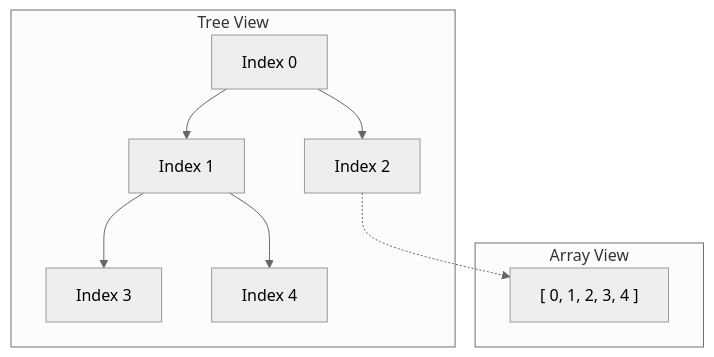
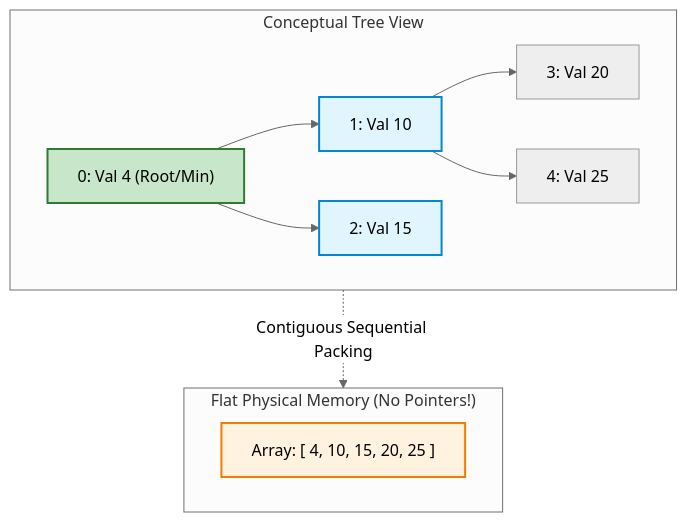
The first of 2 diagrams in 00 - Fundamentals/010 - Min and Max Heap/heap_walkthrough.md (vadde/DSA), drawn with Mermaid (neutral theme) before and after one commit. The commit also changed other lines of this file and 1 other file, not shown here.

````diff
--- a/00 - Fundamentals/010 - Min and Max Heap/heap_walkthrough.md
+++ b/00 - Fundamentals/010 - Min and Max Heap/heap_walkthrough.md
@@ -36,15 +49,20 @@
 ```mermaid
 flowchart TD
-    subgraph TreeView [Tree View]
-    T0["Index 0"] --> T1["Index 1"]
-    T0 --> T2["Index 2"]
-    T1 --> T3["Index 3"]
-    T1 --> T4["Index 4"]
-    end
-    
-    subgraph ArrayView [Array View]
-    A["[ 0, 1, 2, 3, 4 ]"]
+    subgraph TreeView ["Conceptual Tree View"]
+        T0["0: Val 4 (Root/Min)"] --> T1["1: Val 10"]
+        T0 --> T2["2: Val 15"]
+        T1 --> T3["3: Val 20"]
+        T1 --> T4["4: Val 25"]
     end
 
-T2 -.-> A
+    subgraph ArrayView ["Flat Physical Memory (No Pointers!)"]
+        A["Array: [ 4, 10, 15, 20, 25 ]"]
+    end
+
+    TreeView -.->|"Contiguous Sequential Packing"| ArrayView
+
+    style T0 fill:#c8e6c9,stroke:#2e7d32,stroke-width:2px,color:#000
+    style T1 fill:#e1f5fe,stroke:#0288d1,stroke-width:2px,color:#000
+    style T2 fill:#e1f5fe,stroke:#0288d1,stroke-width:2px,color:#000
+    style A fill:#fff3e0,stroke:#f57c00,stroke-width:2px,color:#000
 ```
````
